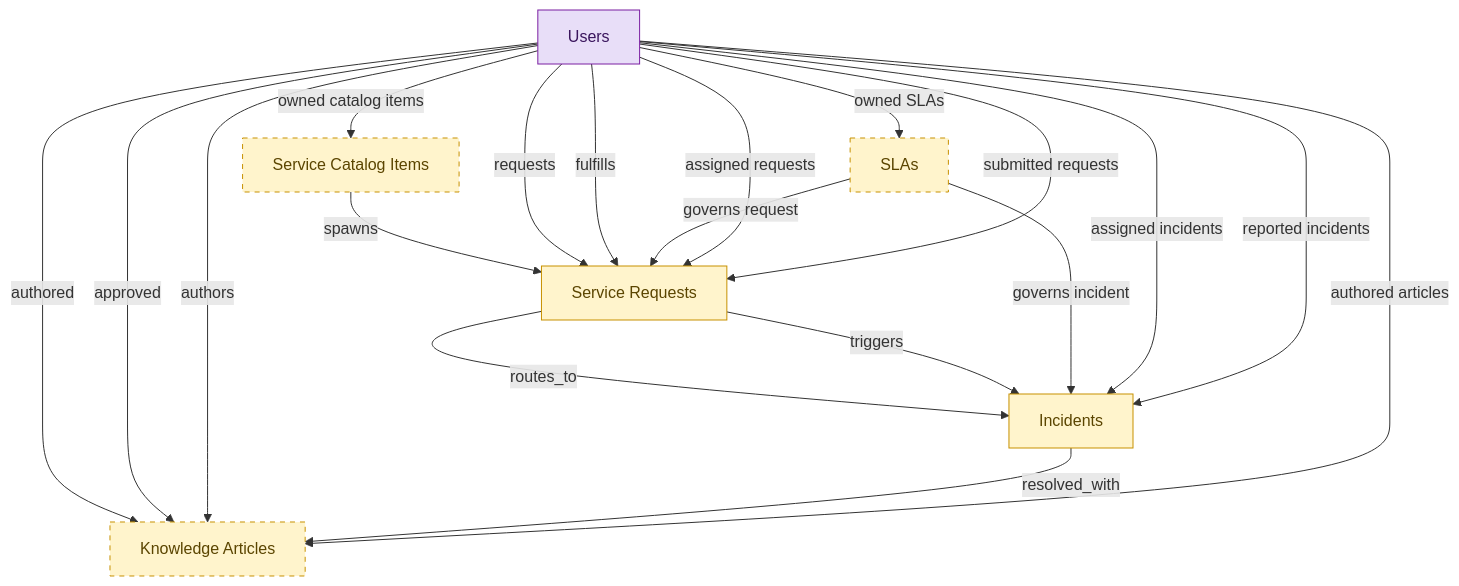
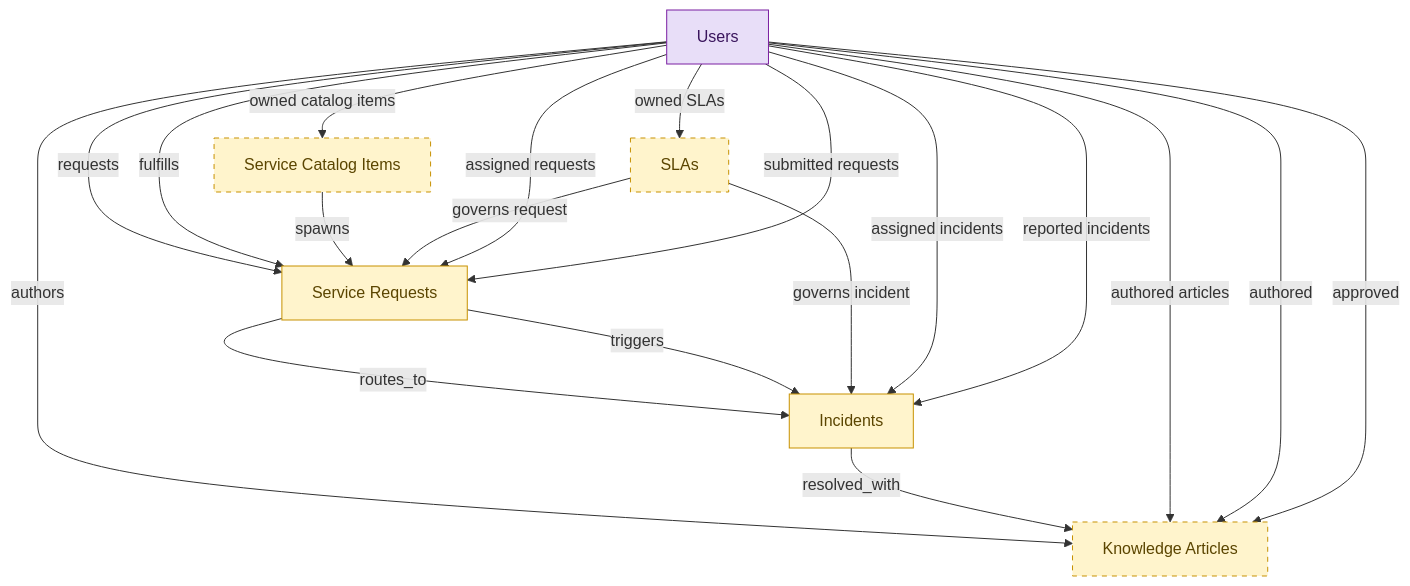
Before and after one commit to IntranetFactory/domain-map: the diagram in catalog/blueprints/itsm-starter-semantic-blueprint.md, drawn with Mermaid. The commit also changed other lines of this file and 122 other files, not shown here.

````diff
--- a/catalog/blueprints/itsm-starter-semantic-blueprint.md
+++ b/catalog/blueprints/itsm-starter-semantic-blueprint.md
@@ -35,38 +36,38 @@
 ```mermaid
 flowchart TD
   classDef embedded_master fill:#fff4cc,stroke:#c79100,color:#5b4500;
   classDef consumer fill:#e8def8,stroke:#7b1fa2,color:#3a155d;
   service_incidents["Incidents"]
   service_requests["Service Requests"]
+  knowledge_articles["Knowledge Articles"]
   service_catalog_items["Service Catalog Items"]
-  knowledge_articles["Knowledge Articles"]
   service_slas["SLAs"]
   users["Users"]
-  users -->|"authored"| knowledge_articles
-  users -->|"approved"| knowledge_articles
-  service_catalog_items -->|"spawns"| service_requests
   users -->|"authors"| knowledge_articles
   users -->|"requests"| service_requests
   users -->|"fulfills"| service_requests
   service_requests -->|"routes_to"| service_incidents
+  service_catalog_items -->|"spawns"| service_requests
   service_requests -->|"triggers"| service_incidents
   service_slas -->|"governs incident"| service_incidents
   service_slas -->|"governs request"| service_requests
   service_incidents -->|"resolved_with"| knowledge_articles
   users -->|"assigned incidents"| service_incidents
   users -->|"reported incidents"| service_incidents
   users -->|"assigned requests"| service_requests
   users -->|"submitted requests"| service_requests
   users -->|"authored articles"| knowledge_articles
   users -->|"owned catalog items"| service_catalog_items
   users -->|"owned SLAs"| service_slas
+  users -->|"authored"| knowledge_articles
+  users -->|"approved"| knowledge_articles
   class service_incidents embedded_master;
   class service_requests embedded_master;
+  class knowledge_articles embedded_master;
   class service_catalog_items embedded_master;
-  class knowledge_articles embedded_master;
   class service_slas embedded_master;
   class users consumer;
+  style knowledge_articles stroke-dasharray:5 5;
   style service_catalog_items stroke-dasharray:5 5;
-  style knowledge_articles stroke-dasharray:5 5;
   style service_slas stroke-dasharray:5 5;
 ```
````
